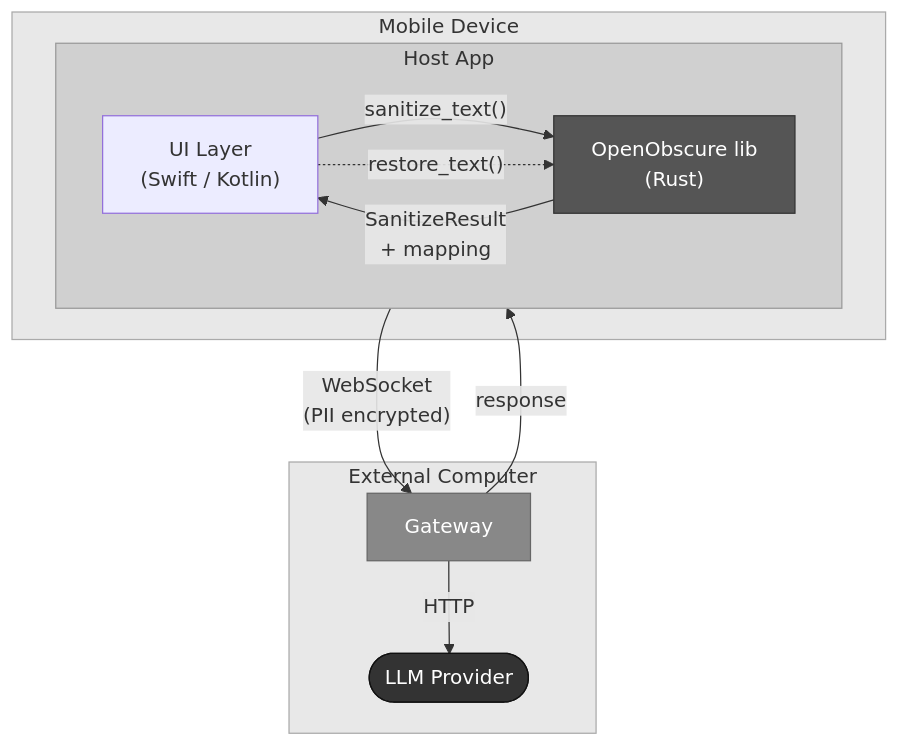
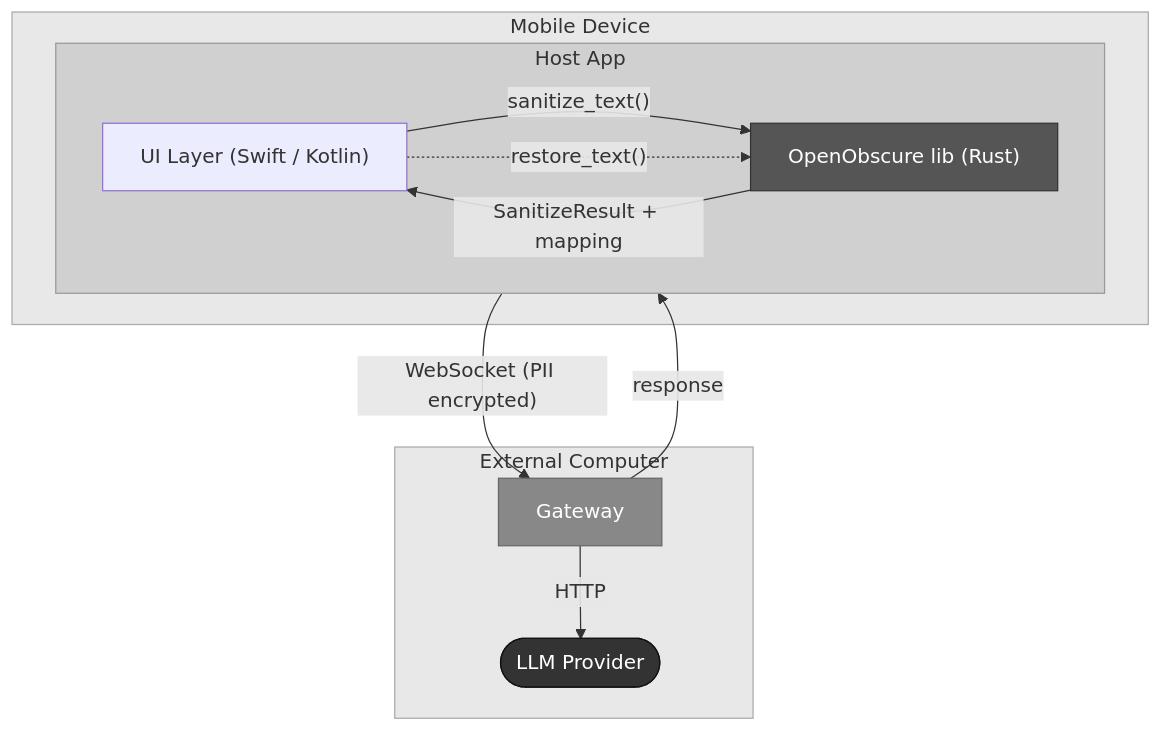
The second of 14 diagrams in ARCHITECTURE.md (OpenObscure/OpenObscure), drawn with Mermaid before and after one commit. The commit also changed other lines of this file and 1 other file, not shown here.

First line of the commit message:
Remove \n line breaks from mermaid flowchart labels

````diff
--- a/ARCHITECTURE.md
+++ b/ARCHITECTURE.md
@@ -54,27 +54,27 @@
 ```mermaid
 flowchart TB
     subgraph mobile ["Mobile Device"]
         subgraph app ["Host App"]
-            ui["UI Layer\n(Swift / Kotlin)"]
-            lib["OpenObscure lib\n(Rust)"]
+            ui["UI Layer (Swift / Kotlin)"]
+            lib["OpenObscure lib (Rust)"]
             ui -- "sanitize_text()" --> lib
-            lib -- "SanitizeResult\n+ mapping" --> ui
+            lib -- "SanitizeResult + mapping" --> ui
             ui -. "restore_text()" .-> lib
         end
     end
 
-    app -- "WebSocket\n(PII encrypted)" --> gw
+    app -- "WebSocket (PII encrypted)" --> gw
     gw -- "response" --> app
 
     subgraph desktop ["External Computer"]
         gw["Gateway"]
         gw -- "HTTP" --> llm(["LLM Provider"])
     end
 
     style mobile fill:#e8e8e8,stroke:#aaa,color:#333
     style app fill:#d0d0d0,stroke:#999,color:#333
     style lib fill:#555,stroke:#333,color:#fff
     style desktop fill:#e8e8e8,stroke:#aaa,color:#333
     style gw fill:#888,stroke:#666,color:#fff
     style llm fill:#333,stroke:#111,color:#fff
 ```
````
